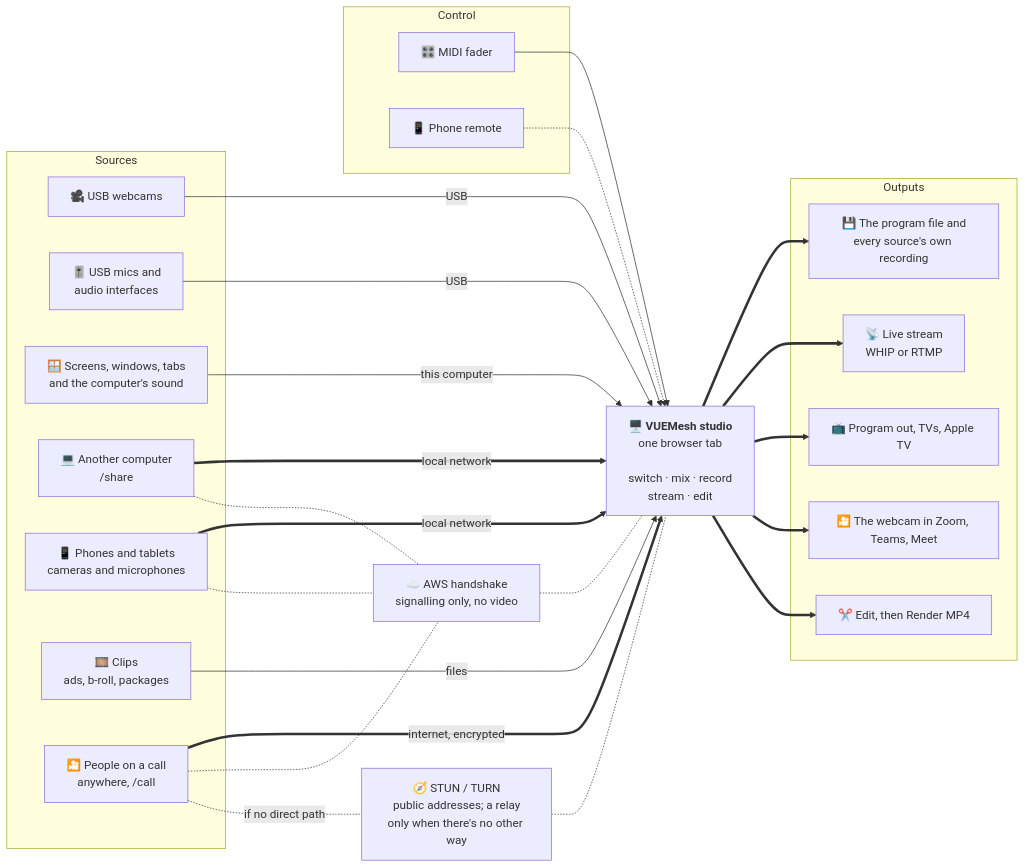
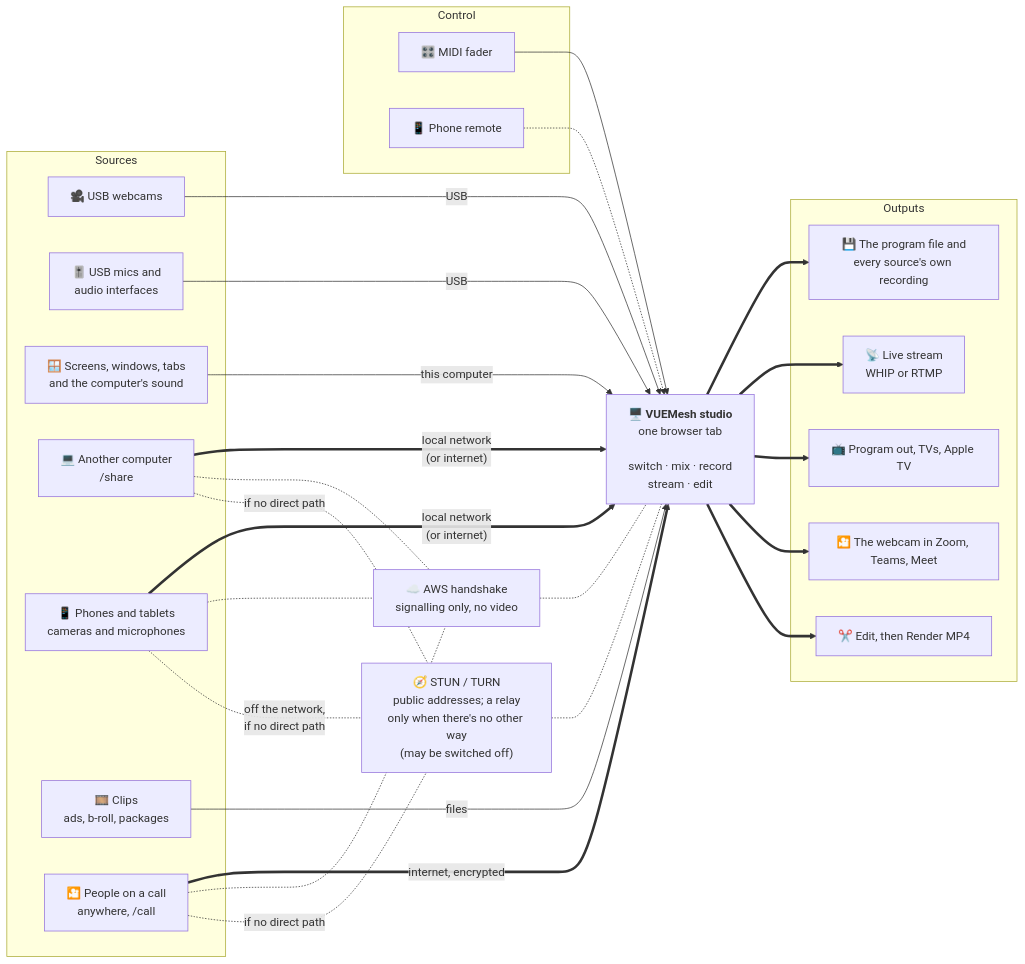
Before and after one commit to jtalbott22/vuemesh: the first of 4 diagrams in README.md, drawn with Mermaid. The commit also changed other lines of this file and 5 other files, not shown here.

````diff
--- a/README.md
+++ b/README.md
@@ -241,51 +245,53 @@
 ```mermaid
 flowchart LR
   subgraph In["Sources"]
     USBc["🎥 USB webcams"]
     USBa["🎚️ USB mics and<br/>audio interfaces"]
     Scr["🪟 Screens, windows, tabs<br/>and the computer's sound"]
     Share["💻 Another computer<br/>/share"]
     Cams["📱 Phones and tablets<br/>cameras and microphones"]
     Clips["🎞️ Clips<br/>ads, b-roll, packages"]
     Guests["🎦 People on a call<br/>anywhere, /call"]
   end
 
   Cloud["☁️ AWS handshake<br/>signalling only, no video"]
-  Ice["🧭 STUN / TURN<br/>public addresses; a relay<br/>only when there's no other way"]
+  Ice["🧭 STUN / TURN<br/>public addresses; a relay<br/>only when there's no other way<br/>(may be switched off)"]
 
   Studio["🖥️ <b>VUEMesh studio</b><br/>one browser tab<br/><br/>switch · mix · record<br/>stream · edit"]
 
   subgraph Ctl["Control"]
     Midi["🎛️ MIDI fader"]
     Remote["📱 Phone remote"]
   end
 
   subgraph Outs["Outputs"]
     Rec["💾 The program file and<br/>every source's own recording"]
     Stream["📡 Live stream<br/>WHIP or RTMP"]
     Screens["📺 Program out, TVs, Apple TV"]
     Call["🎦 The webcam in Zoom, Teams, Meet"]
     Edit["✂️ Edit, then Render MP4"]
   end
 
   USBc -- "USB" --> Studio
   USBa -- "USB" --> Studio
   Scr -- "this computer" --> Studio
-  Share == "local network" ==> Studio
-  Cams == "local network" ==> Studio
+  Share == "local network<br/>(or internet)" ==> Studio
+  Cams == "local network<br/>(or internet)" ==> Studio
   Clips -- "files" --> Studio
   Guests == "internet, encrypted" ==> Studio
   Share -.- Cloud
   Cams -.- Cloud
   Guests -.- Cloud
   Cloud -.- Studio
   Guests -. "if no direct path" .- Ice
+  Cams -. "off the network,<br/>if no direct path" .- Ice
+  Share -. "if no direct path" .- Ice
   Ice -.- Studio
   Midi --> Studio
   Remote -.-> Studio
   Studio ==> Rec
   Studio ==> Stream
   Studio ==> Screens
   Studio ==> Call
   Studio ==> Edit
 ```
````
